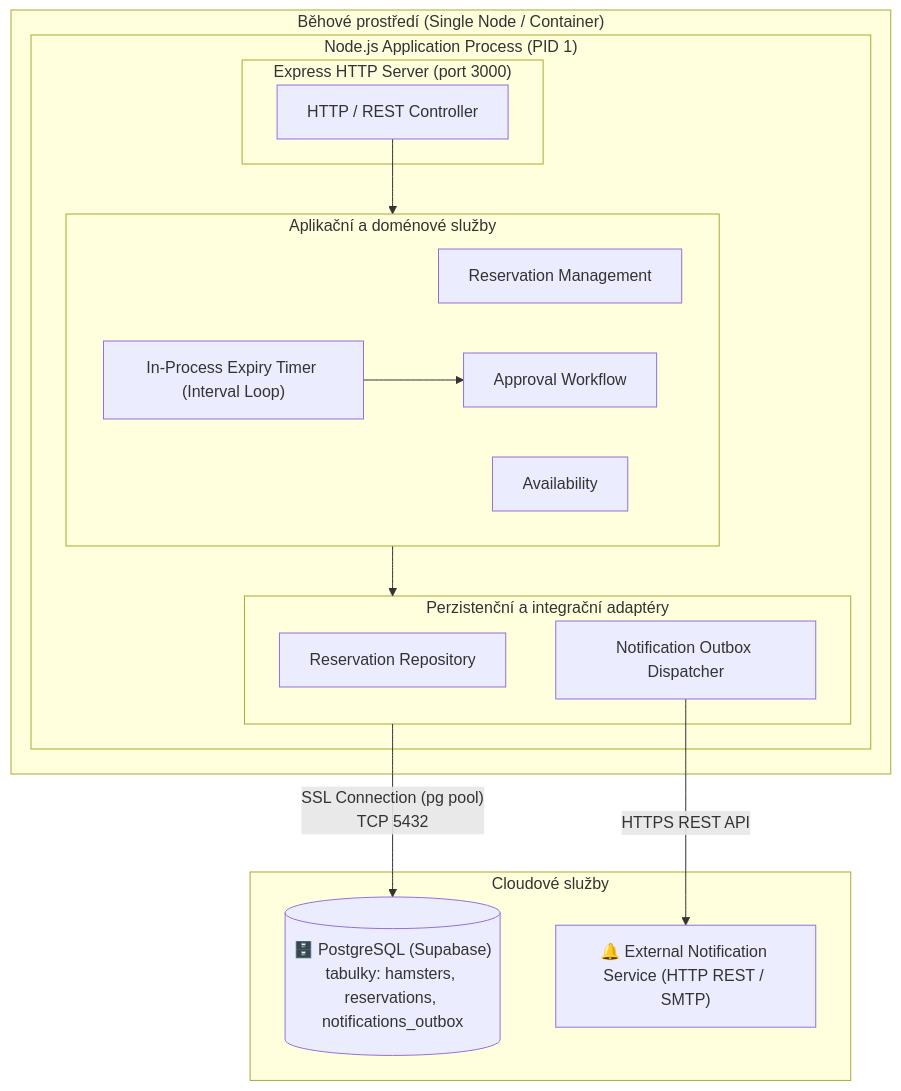
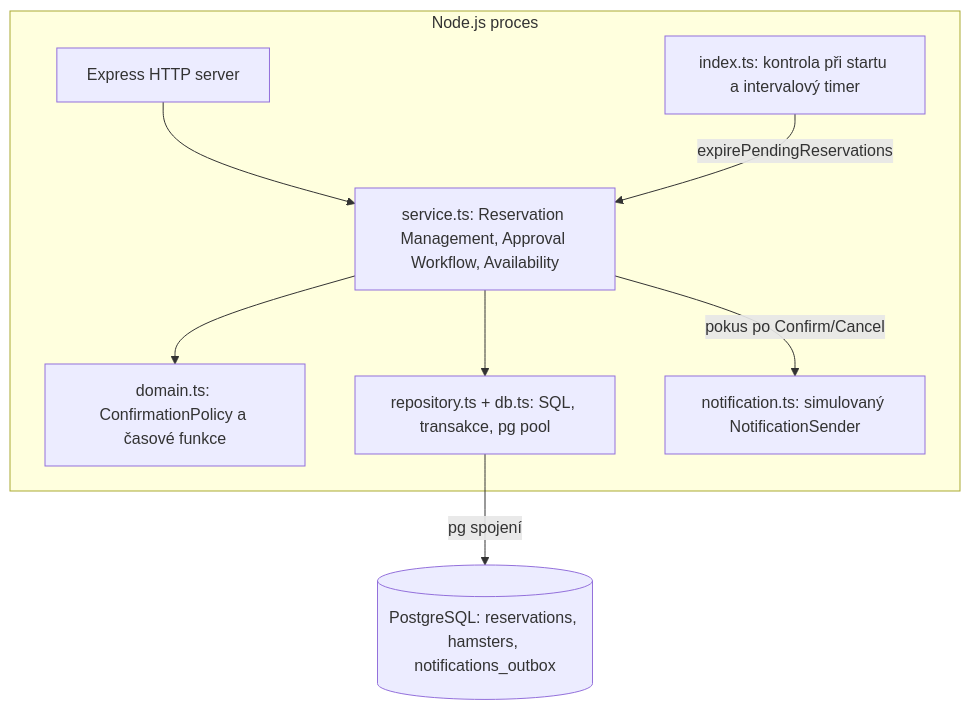
The fourth of 8 diagrams in docs/architecture-and-decisions.md (tomaskirnig/SWI_2027), drawn with Mermaid before and after one commit. The commit also changed other lines of this file and 12 other files, not shown here.

````diff
--- a/docs/architecture-and-decisions.md
+++ b/docs/architecture-and-decisions.md
@@ -664,32 +632,17 @@
 ```mermaid
 flowchart TD
-    subgraph Host["Běhové prostředí (Single Node / Container)"]
-        subgraph ProcessApp["Node.js Application Process (PID 1)"]
-            subgraph ExpressServer["Express HTTP Server (port 3000)"]
-                CompAPI["HTTP / REST Controller"]
-            end
-            subgraph AppServices["Aplikační a doménové služby"]
-                CompRes["Reservation Management"]
-                CompAvail["Availability"]
-                CompAppr["Approval Workflow"]
-                CompTimer["In-Process Expiry Timer (Interval Loop)"]
-            end
-            subgraph DataAdapters["Perzistenční a integrační adaptéry"]
-                CompRepo["Reservation Repository"]
-                CompNotif["Notification Outbox Dispatcher"]
-            end
-        end
+    subgraph Process[Node.js proces]
+        API[Express HTTP server]
+        Service["service.ts: Reservation Management, Approval Workflow, Availability"]
+        Policy["domain.ts: ConfirmationPolicy a časové funkce"]
+        Timer["index.ts: kontrola při startu a intervalový timer"]
+        Repo["repository.ts + db.ts: SQL, transakce, pg pool"]
+        Stub["notification.ts: simulovaný NotificationSender"]
+        API --> Service
+        Timer -->|expirePendingReservations| Service
+        Service --> Policy
+        Service --> Repo
+        Service -->|pokus po Confirm/Cancel| Stub
     end
-
-    subgraph ManagedCloud["Cloudové služby"]
-        PostgresDB[("🗄️ PostgreSQL (Supabase)\ntabulky: hamsters, reservations, notifications_outbox")]
-        ExtEmailService["🔔 External Notification Service (HTTP REST / SMTP)"]
-    end
-
-    CompAPI --> AppServices
-    AppServices --> DataAdapters
-    CompTimer --> CompAppr
-
-    DataAdapters -- "SSL Connection (pg pool)\nTCP 5432" --> PostgresDB
-    CompNotif -- "HTTPS REST API" --> ExtEmailService
+    Repo -->|pg spojení| DB[(PostgreSQL: reservations, hamsters, notifications_outbox)]
 ```
````
